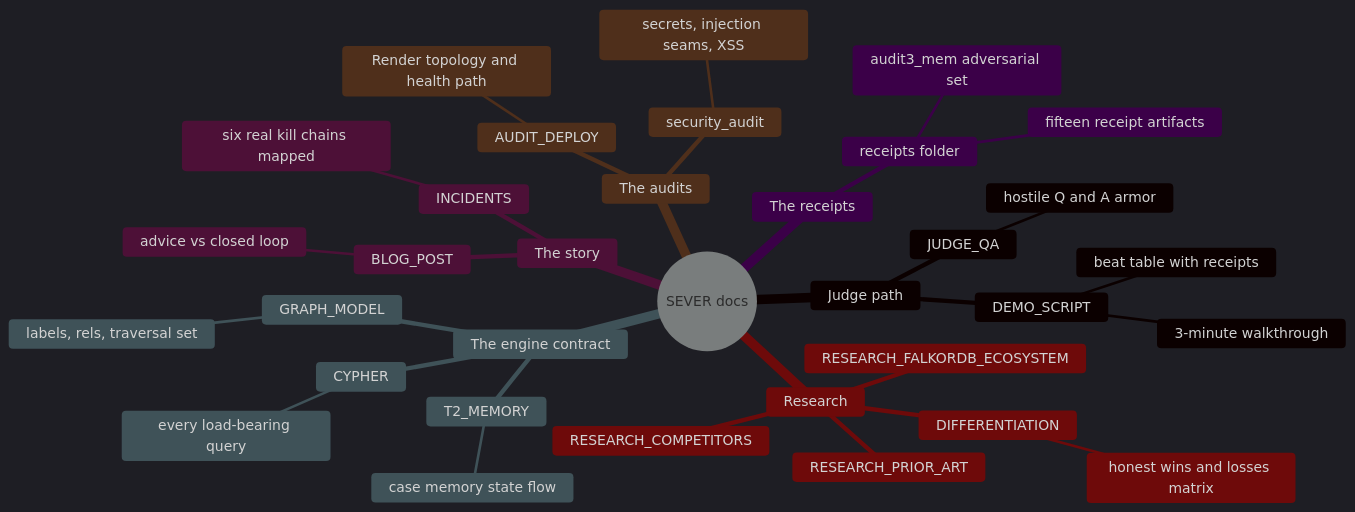
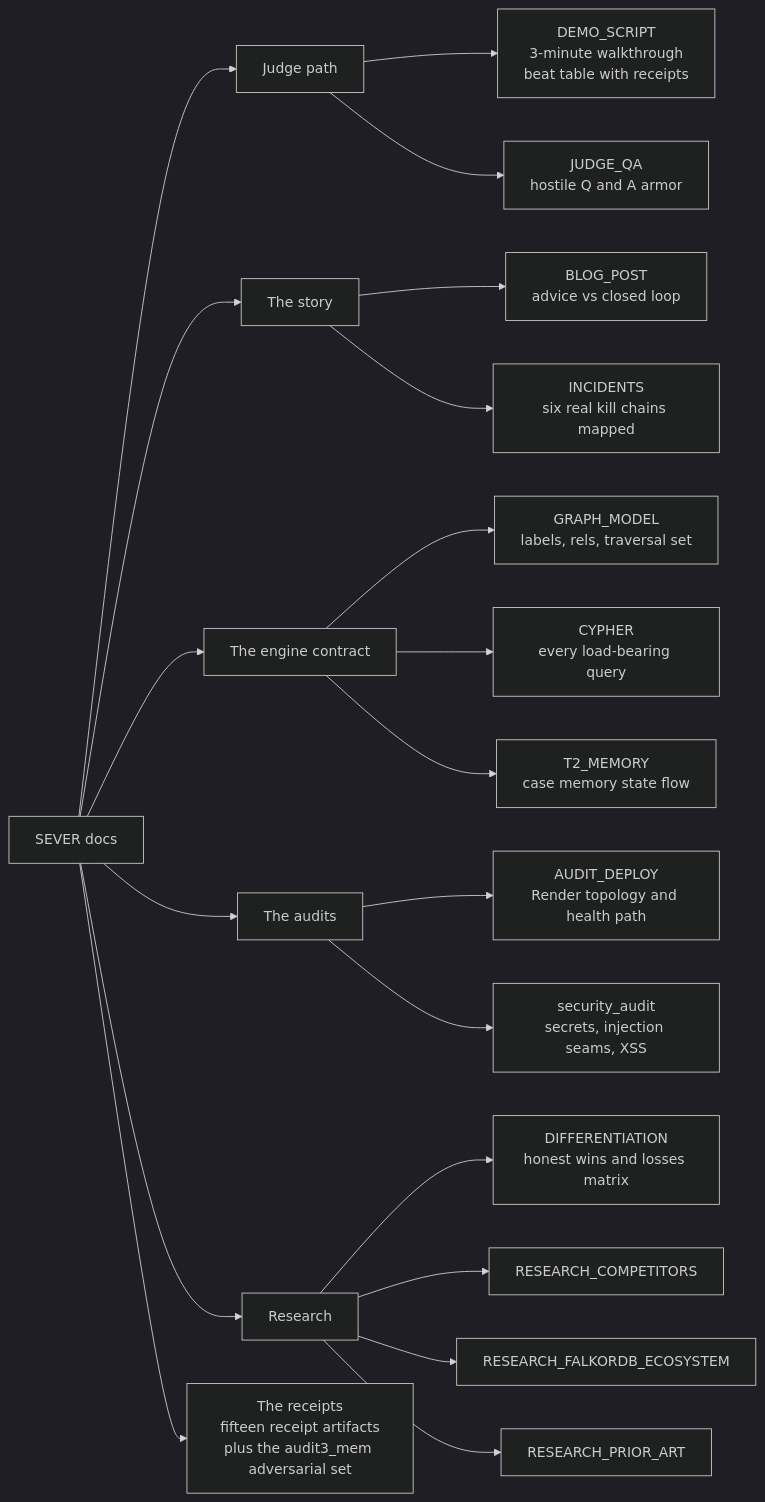
The diagram in docs/README.md (choksi2212/wemakedevs-hack), drawn with Mermaid (dark theme) before and after one commit. The commit also changed other lines of this file and 2 other files, not shown here.

Commit message:
fix(docs): T2_MEMORY substrate claim + _checkpointer citation, AUDIT_DEPLOY credential-length drop, README index map — closes audit M16, M17, N6, M9, L7, M27-index

````diff
--- a/docs/README.md
+++ b/docs/README.md
@@ -19,37 +19,22 @@
 ```mermaid
-mindmap
-  root((SEVER docs))
-    Judge path
-      DEMO_SCRIPT
-        3-minute walkthrough
-        beat table with receipts
-      JUDGE_QA
-        hostile Q and A armor
-    The story
-      BLOG_POST
-        advice vs closed loop
-      INCIDENTS
-        six real kill chains mapped
-    The engine contract
-      GRAPH_MODEL
-        labels, rels, traversal set
-      CYPHER
-        every load-bearing query
-      T2_MEMORY
-        case memory state flow
-    The audits
-      AUDIT_DEPLOY
-        Render topology and health path
-      security_audit
-        secrets, injection seams, XSS
-    Research
-      DIFFERENTIATION
-        honest wins and losses matrix
-      RESEARCH_COMPETITORS
-      RESEARCH_FALKORDB_ECOSYSTEM
-      RESEARCH_PRIOR_ART
-    The receipts
-      receipts folder
-        fifteen receipt artifacts
-        audit3_mem adversarial set
+flowchart LR
+    R["SEVER docs"] --> J["Judge path"]
+    J --> DS["DEMO_SCRIPT<br/>3-minute walkthrough<br/>beat table with receipts"]
+    J --> JQ["JUDGE_QA<br/>hostile Q and A armor"]
+    R --> ST["The story"]
+    ST --> BP["BLOG_POST<br/>advice vs closed loop"]
+    ST --> IN["INCIDENTS<br/>six real kill chains mapped"]
+    R --> EC["The engine contract"]
+    EC --> GM["GRAPH_MODEL<br/>labels, rels, traversal set"]
+    EC --> CY["CYPHER<br/>every load-bearing query"]
+    EC --> T2["T2_MEMORY<br/>case memory state flow"]
+    R --> AU["The audits"]
+    AU --> AD["AUDIT_DEPLOY<br/>Render topology and health path"]
+    AU --> SA["security_audit<br/>secrets, injection seams, XSS"]
+    R --> RE["Research"]
+    RE --> DF["DIFFERENTIATION<br/>honest wins and losses matrix"]
+    RE --> RC["RESEARCH_COMPETITORS"]
+    RE --> RF["RESEARCH_FALKORDB_ECOSYSTEM"]
+    RE --> RP["RESEARCH_PRIOR_ART"]
+    R --> RR["The receipts<br/>fifteen receipt artifacts<br/>plus the audit3_mem adversarial set"]
 ```
````
